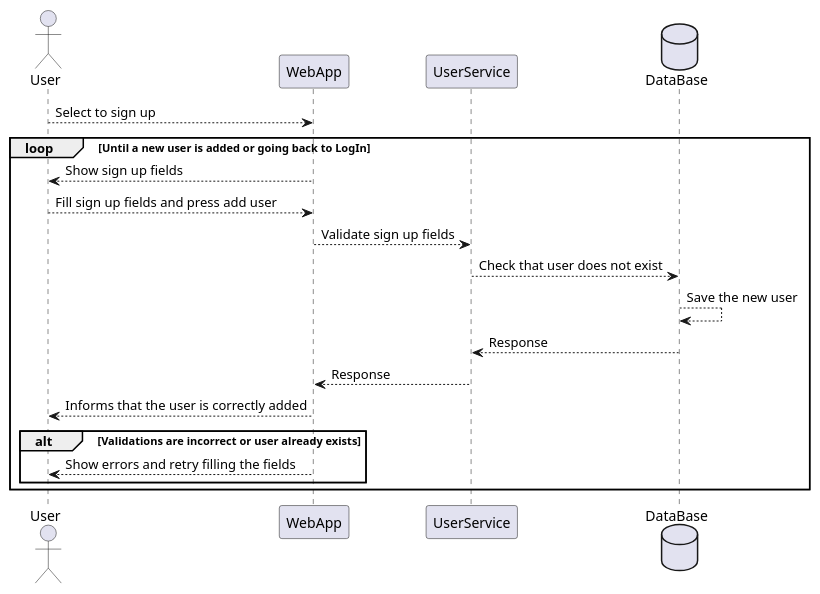
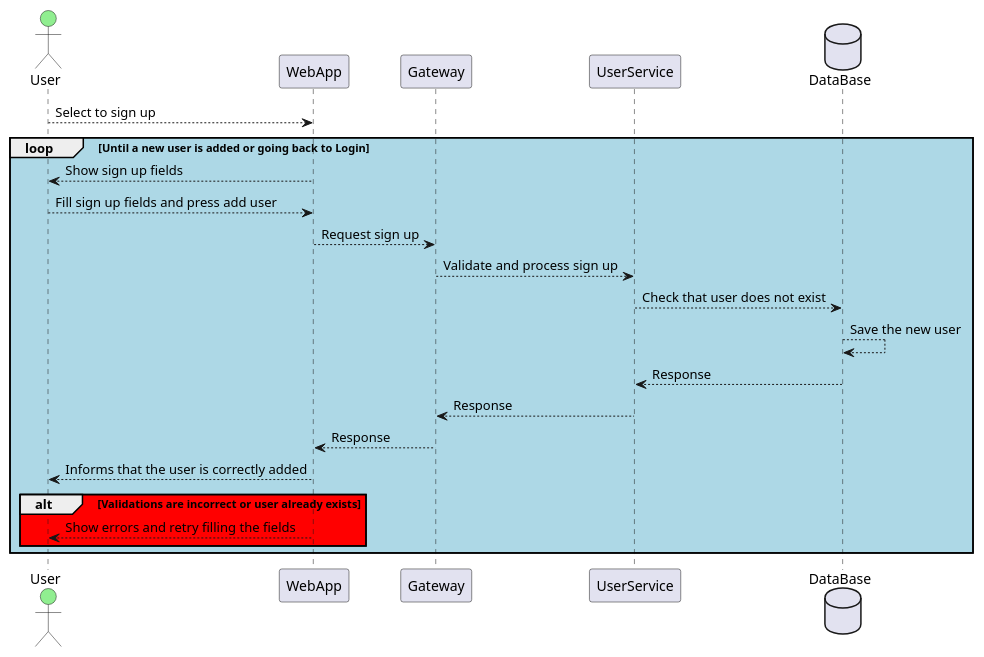
Before and after one commit to Arquisoft/wichat_en3b: the first of 5 diagrams in docs/src/06_runtime_view.adoc, drawn with PlantUML.

Commit message:
Diagram of part 6.1 (add gateway and colors)

```diff
--- a/docs/src/06_runtime_view.adoc
+++ b/docs/src/06_runtime_view.adoc
@@ -47,28 +47,31 @@
 [plantuml,"SignUp",png]
 ----
 
-actor User
+actor User #lightgreen
 participant WebApp
+participant Gateway
 participant UserService
 database DataBase
 
 
 User --> WebApp: Select to sign up
 
-loop Until a new user is added or going back to LogIn
+loop #lightblue Until a new user is added or going back to Login 
     WebApp --> User: Show sign up fields
     User --> WebApp: Fill sign up fields and press add user
-    WebApp --> UserService: Validate sign up fields
+    WebApp --> Gateway: Request sign up
+    Gateway --> UserService: Validate and process sign up
     UserService --> DataBase: Check that user does not exist
     DataBase --> DataBase: Save the new user
     DataBase --> UserService: Response 
-    UserService --> WebApp: Response
+    UserService --> Gateway: Response
+    Gateway --> WebApp: Response
     WebApp --> User: Informs that the user is correctly added
 
-    alt Validations are incorrect or user already exists
+    alt #red Validations are incorrect or user already exists
         WebApp --> User: Show errors and retry filling the fields
     end
 end
 
 
 ----
```
